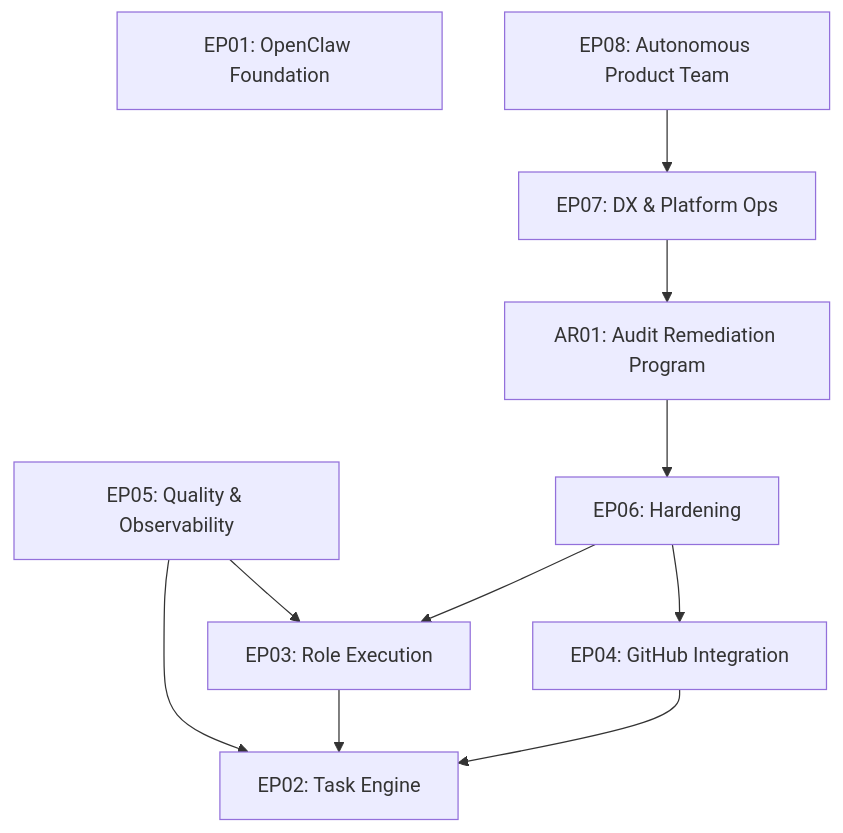
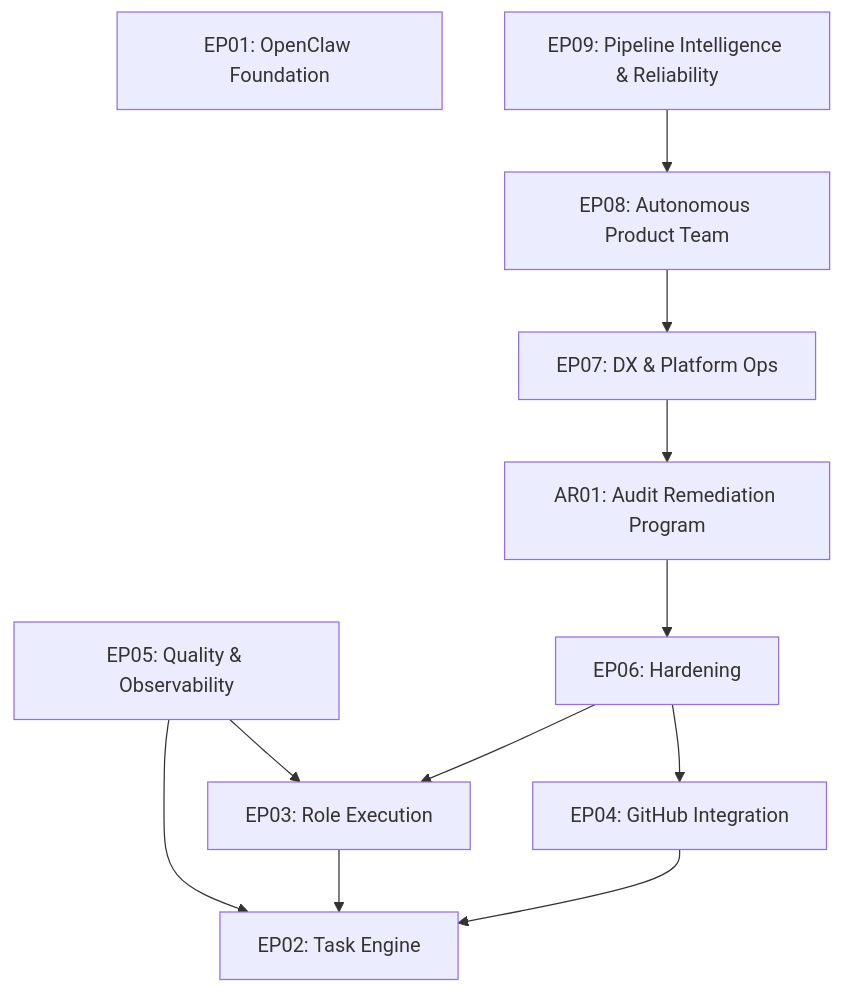
One commit to Monkey-D-Luisi/vibe-flow changed the diagram in docs/roadmap.md. Above: the diagram before and after it, drawn with Mermaid. The commit also changed other lines of this file and 39 other files, not shown here.

````diff
--- a/docs/roadmap.md
+++ b/docs/roadmap.md
@@ -193,14 +219,15 @@
 ```mermaid
 graph TD
   EP01[EP01: OpenClaw Foundation]
   EP02[EP02: Task Engine]
   EP03[EP03: Role Execution] --> EP02
   EP04[EP04: GitHub Integration] --> EP02
   EP05[EP05: Quality & Observability] --> EP02
   EP05 --> EP03
   EP06[EP06: Hardening] --> EP03
   EP06 --> EP04
   AR01[AR01: Audit Remediation Program] --> EP06
   EP07[EP07: DX & Platform Ops] --> AR01
   EP08[EP08: Autonomous Product Team] --> EP07
+  EP09[EP09: Pipeline Intelligence & Reliability] --> EP08
 ```
````
